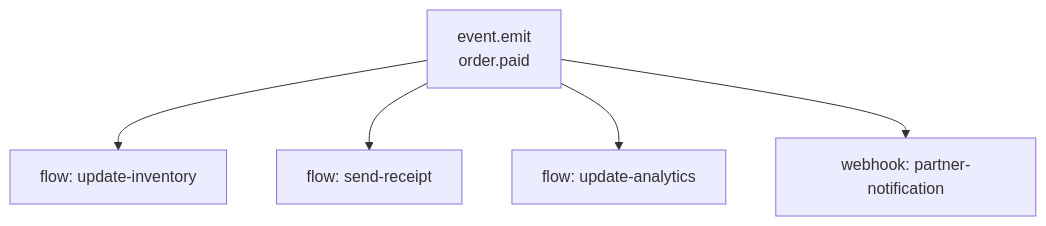
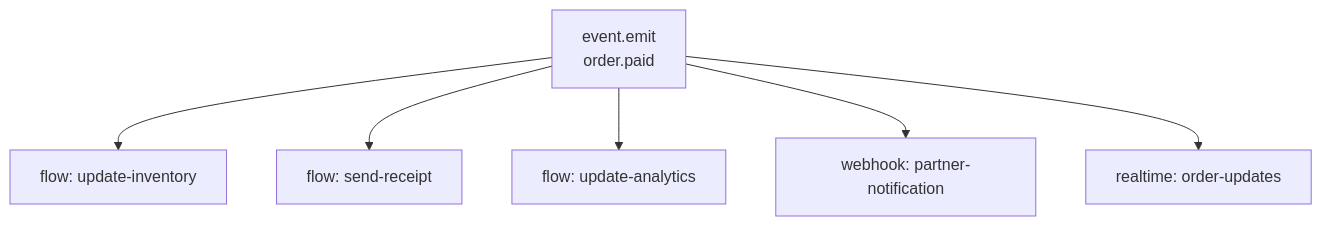
One commit to sillohq/pawabase changed the eighth of 18 diagrams in apps/docs/events/overview.mdx. Above: the diagram before and after it, drawn with Mermaid. The commit also changed other lines of this file and 90 other files, not shown here.

````diff
--- a/apps/docs/events/overview.mdx
+++ b/apps/docs/events/overview.mdx
@@ -135,7 +515,8 @@
 ```mermaid
 flowchart TB
-  A["event.emit<br/>order.paid"] --> B["flow: update-inventory"]
-  A --> C["flow: send-receipt"]
-  A --> D["flow: update-analytics"]
-  A --> E["webhook: partner-notification"]
+    A["event.emit<br/>order.paid"] --> B["flow: update-inventory"]
+    A --> C["flow: send-receipt"]
+    A --> D["flow: update-analytics"]
+    A --> E["webhook: partner-notification"]
+    A --> F["realtime: order-updates"]
 ```
````
